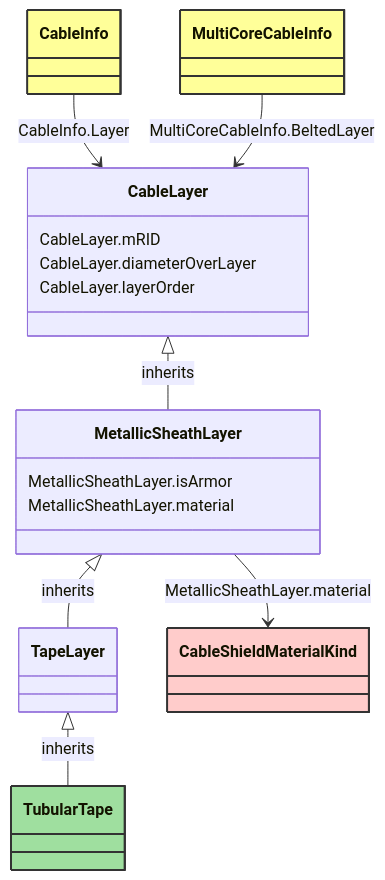
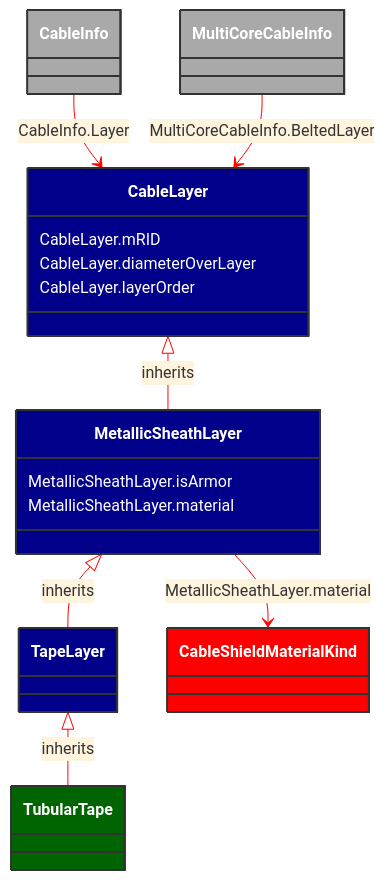
One commit to 3lbits/NoCIMExtensions changed the diagram in docs/Models/Profiles/SubseaCableInfo/ConcreteClasses/TubularTape.md. Above: the diagram before and after it, drawn with Mermaid. The commit also changed 58 other files, not shown here.

````diff
--- a/docs/Models/Profiles/SubseaCableInfo/ConcreteClasses/TubularTape.md
+++ b/docs/Models/Profiles/SubseaCableInfo/ConcreteClasses/TubularTape.md
@@ -8,47 +8,48 @@
 ```mermaid
+%%{init: {'theme':'base','themeVariables': {'lineColor': '#FF0000'}}}%%
 classDiagram
     class TubularTape
     click TubularTape href "/Models/Profiles/SubseaCableInfo/ConcreteClasses/TubularTape/"
-    style TubularTape fill:#9fdf9f,stroke:#333,stroke-width:2px,rx:10,ry:10
+    style TubularTape fill:#006400,stroke:#333,stroke-width:2px,rx:10,ry:10,color:white
 
         TapeLayer <|-- TubularTape : inherits
             click TapeLayer href "/Models/Profiles/SubseaCableInfo/ConcreteClasses/TapeLayer/"
-            style TapeLayer rx:10,ry:10
+            style TapeLayer fill:#00008B,stroke:#333,stroke-width:2px,rx:10,ry:10,color:white
 
         TubularTape
             click TubularTape href "/Models/Profiles/SubseaCableInfo/ConcreteClasses/TubularTape/"
-            style TubularTape rx:10,ry:10
+            style TapeLayer fill:#00008B,stroke:#333,stroke-width:2px,rx:10,ry:10,color:white
 
         MetallicSheathLayer <|-- TapeLayer : inherits
             click MetallicSheathLayer href "/Models/Profiles/SubseaCableInfo/ConcreteClasses/MetallicSheathLayer/"
-            style MetallicSheathLayer rx:10,ry:10
+            style MetallicSheathLayer fill:#00008B,stroke:#333,stroke-width:2px,rx:10,ry:10,color:white
 
         CableLayer <|-- MetallicSheathLayer : inherits
             click CableLayer href "/Models/Profiles/SubseaCableInfo/AbstractClasses/CableLayer/"
-            style CableLayer rx:10,ry:10
+            style CableLayer fill:#00008B,stroke:#333,stroke-width:2px,rx:10,ry:10,color:white
 
 
         CableInfo --> CableLayer : CableInfo.Layer
 
         CableInfo
             click CableInfo href "/Models/Profiles/SubseaCableInfo/ConcreteClasses/CableInfo/"
-            style CableInfo fill:#ffff99,stroke:#333,stroke-width:2px,rx:10,ry:10
+            style CableInfo fill:#A9A9A9,stroke:#333,stroke-width:2px,rx:10,ry:10,color:white
 
         MultiCoreCableInfo --> CableLayer : MultiCoreCableInfo.BeltedLayer
 
         MultiCoreCableInfo
             click MultiCoreCableInfo href "/Models/Profiles/SubseaCableInfo/ConcreteClasses/MultiCoreCableInfo/"
-            style MultiCoreCableInfo fill:#ffff99,stroke:#333,stroke-width:2px,rx:10,ry:10
+            style MultiCoreCableInfo fill:#A9A9A9,stroke:#333,stroke-width:2px,rx:10,ry:10,color:white
 
         MetallicSheathLayer --> CableShieldMaterialKind : MetallicSheathLayer.material
 
         CableShieldMaterialKind
             click CableShieldMaterialKind href "/Models/Profiles/SubseaCableInfo/Enumerations/CableShieldMaterialKind/"
-            style CableShieldMaterialKind fill:#FFCCCB,stroke:#333,stroke-width:2px,rx:10,ry:10
+            style CableShieldMaterialKind fill:#FF0000,stroke:#333,stroke-width:2px,rx:10,ry:10,color:white
 
         MetallicSheathLayer : MetallicSheathLayer.isArmor
         MetallicSheathLayer : MetallicSheathLayer.material
         CableLayer : CableLayer.mRID
         CableLayer : CableLayer.diameterOverLayer
         CableLayer : CableLayer.layerOrder
 ```
````
